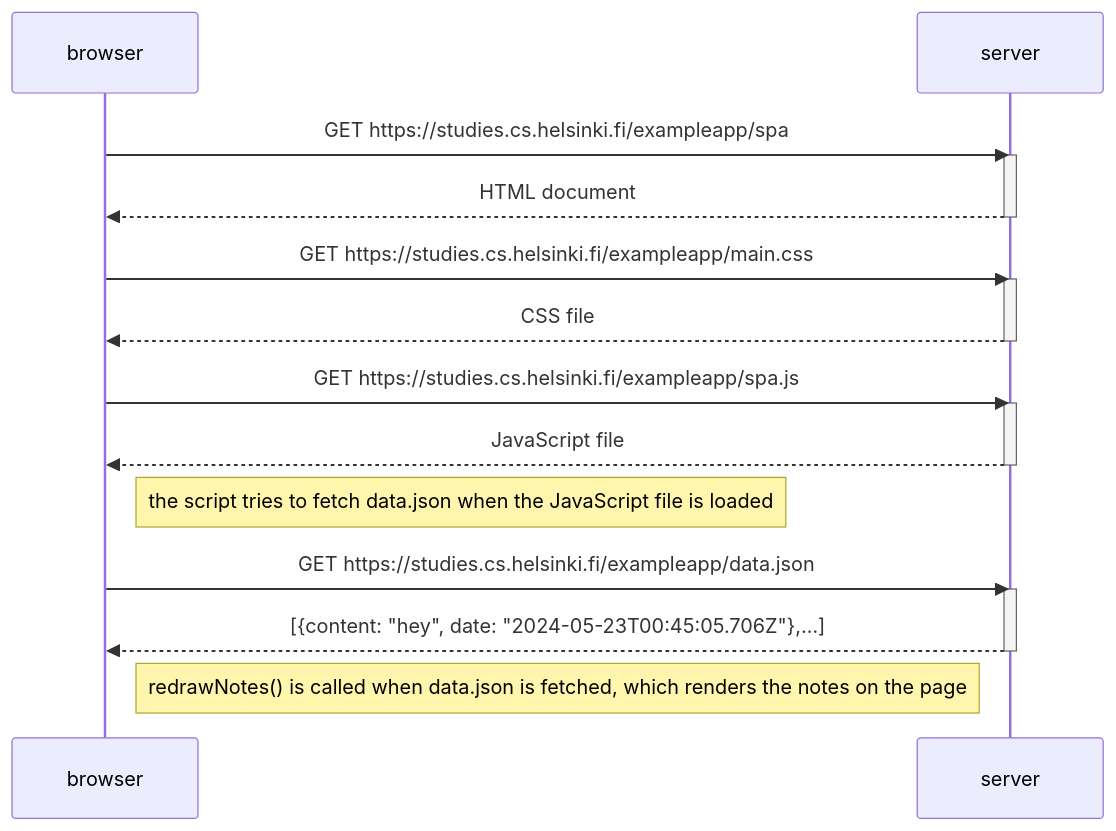
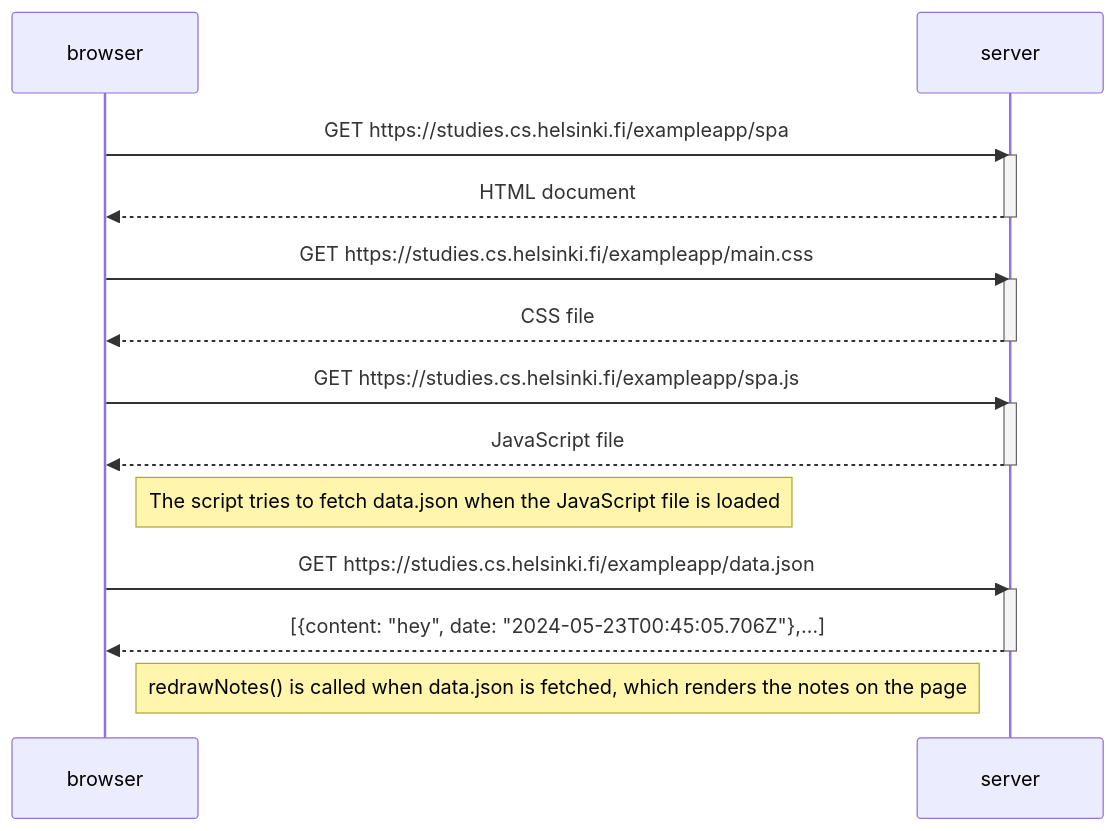
The diagram in part0/0.5.md (virhe/FullStackOpen), drawn with Mermaid before and after one commit. The commit also changed 1 other file, not shown here.

Commit message:
Add capital first letter to part0 sequence diagram notes

````diff
--- a/part0/0.5.md
+++ b/part0/0.5.md
@@ -1,29 +1,29 @@
 ```mermaid
 sequenceDiagram
     participant browser
     participant server
 
     browser ->> server: GET https://studies.cs.helsinki.fi/exampleapp/spa
     activate server
     server -->> browser: HTML document
     deactivate server
 
     browser ->> server: GET https://studies.cs.helsinki.fi/exampleapp/main.css
     activate server
     server -->> browser: CSS file
     deactivate server
 
     browser ->> server: GET https://studies.cs.helsinki.fi/exampleapp/spa.js
     activate server
     server -->> browser: JavaScript file
     deactivate server
 
-    Note right of browser: the script tries to fetch data.json when the JavaScript file is loaded
+    Note right of browser: The script tries to fetch data.json when the JavaScript file is loaded
 
     browser ->> server: GET https://studies.cs.helsinki.fi/exampleapp/data.json
     activate server
     server -->> browser: [{content: "hey", date: "2024-05-23T00:45:05.706Z"},…]
     deactivate server
 
     Note right of browser: redrawNotes() is called when data.json is fetched, which renders the notes on the page
 ```
````
